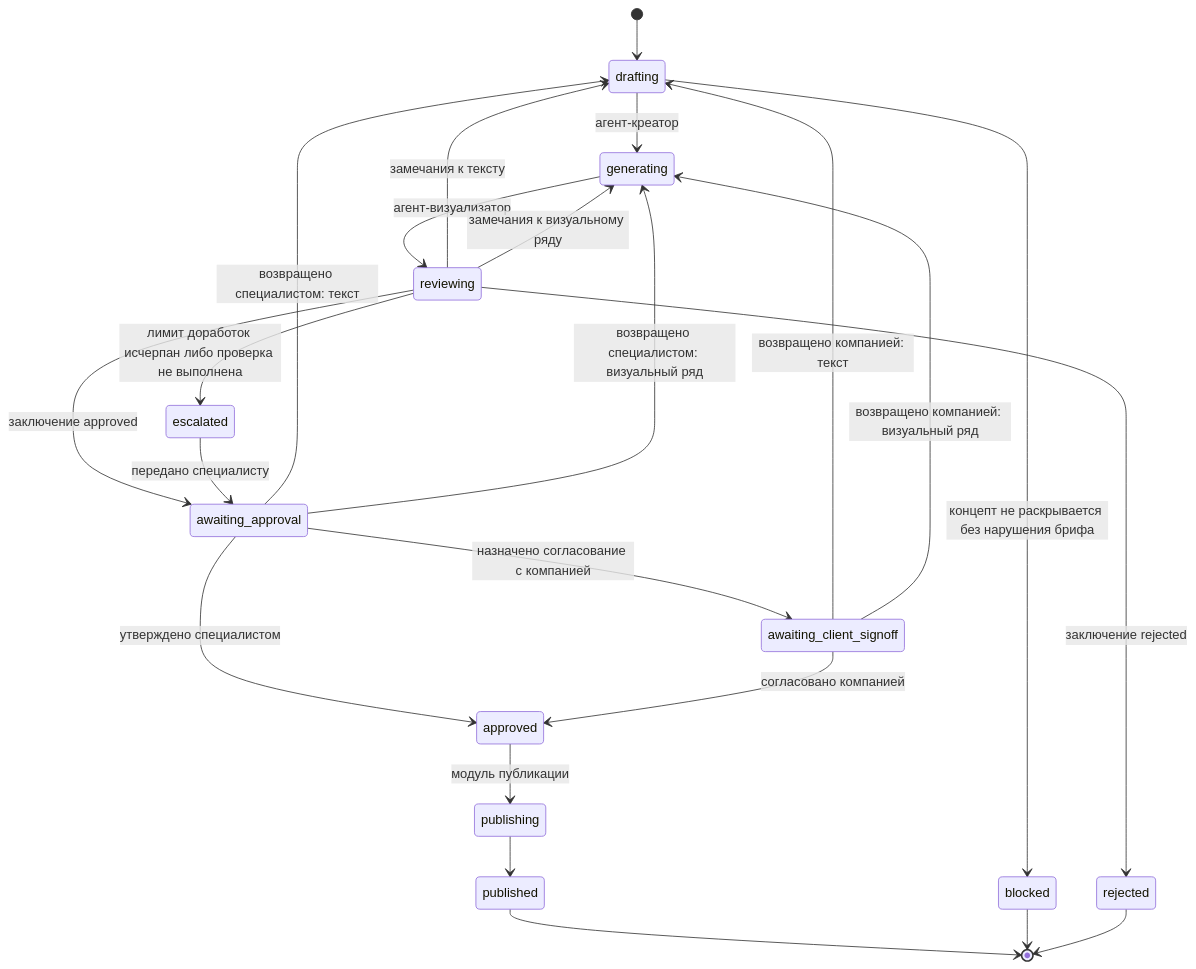
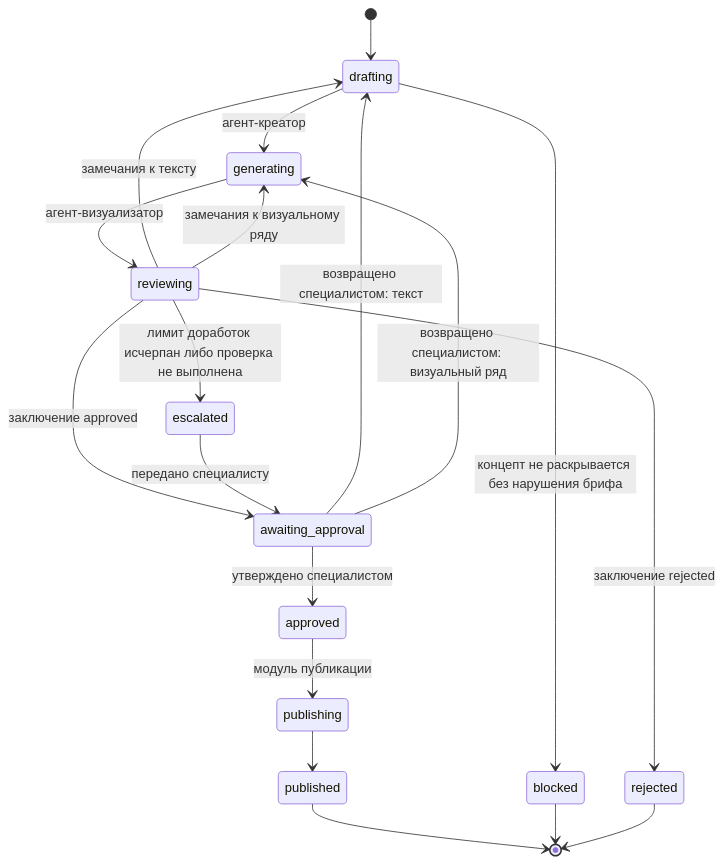
Before and after one commit to erzetix/Erzetix-AI-Studio-B2B: the second of 2 diagrams in orchestrator/README.md, drawn with Mermaid. The commit also changed other lines of this file and 25 other files, not shown here.

````diff
--- a/orchestrator/README.md
+++ b/orchestrator/README.md
@@ -45,25 +46,21 @@
 ```mermaid
 stateDiagram-v2
     [*] --> drafting
     drafting --> generating: агент-креатор
     drafting --> blocked: концепт не раскрывается без нарушения брифа
     generating --> reviewing: агент-визуализатор
     reviewing --> drafting: замечания к тексту
     reviewing --> generating: замечания к визуальному ряду
     reviewing --> awaiting_approval: заключение approved
     reviewing --> escalated: лимит доработок исчерпан либо проверка не выполнена
     reviewing --> rejected: заключение rejected
     escalated --> awaiting_approval: передано специалисту
     awaiting_approval --> approved: утверждено специалистом
-    awaiting_approval --> awaiting_client_signoff: назначено согласование с компанией
     awaiting_approval --> drafting: возвращено специалистом: текст
     awaiting_approval --> generating: возвращено специалистом: визуальный ряд
-    awaiting_client_signoff --> approved: согласовано компанией
-    awaiting_client_signoff --> drafting: возвращено компанией: текст
-    awaiting_client_signoff --> generating: возвращено компанией: визуальный ряд
     approved --> publishing: модуль публикации
     publishing --> published
     published --> [*]
     blocked --> [*]
     rejected --> [*]
 ```
````
